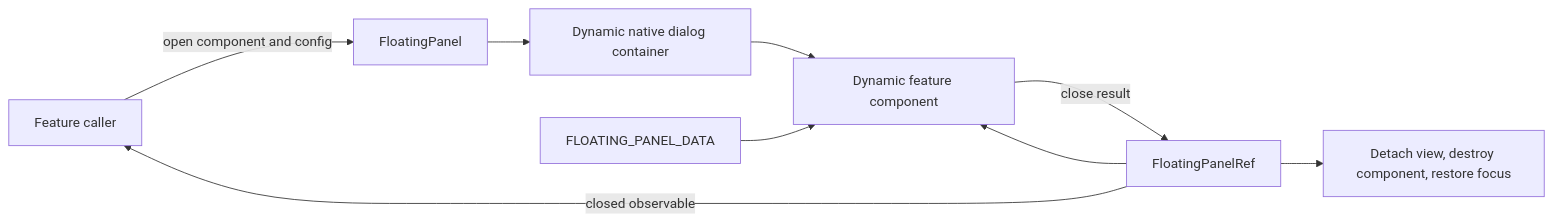
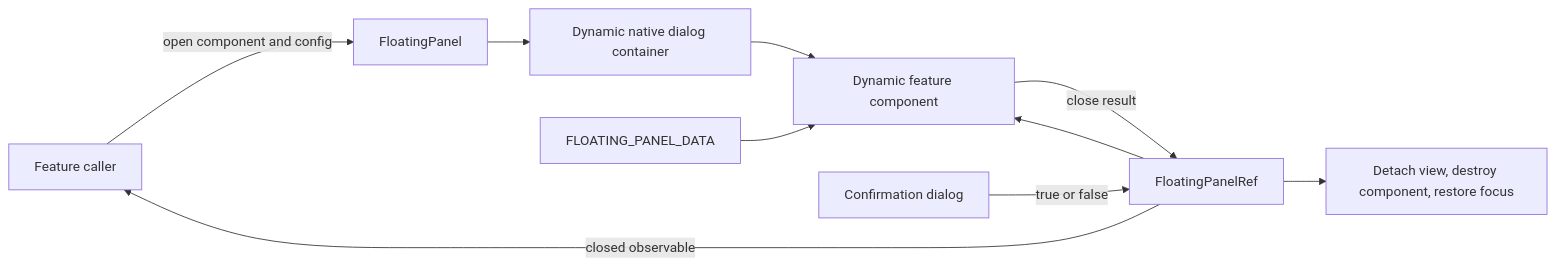
The diagram in lode/ui/floating-panels.md (Zwezh/media-shelf), drawn with Mermaid before and after one commit. The commit also changed other lines of this file and 93 other files, not shown here.

````diff
--- a/lode/ui/floating-panels.md
+++ b/lode/ui/floating-panels.md
@@ -17,11 +18,12 @@
 ```mermaid
 flowchart LR
   Caller[Feature caller] -->|open component and config| Service[FloatingPanel]
   Service --> Container[Dynamic native dialog container]
   Container --> Content[Dynamic feature component]
   Data[FLOATING_PANEL_DATA] --> Content
   Ref[FloatingPanelRef] --> Content
   Content -->|close result| Ref
+  Confirmation[Confirmation dialog] -->|true or false| Ref
   Ref -->|closed observable| Caller
   Ref --> Cleanup[Detach view, destroy component, restore focus]
 ```
````
